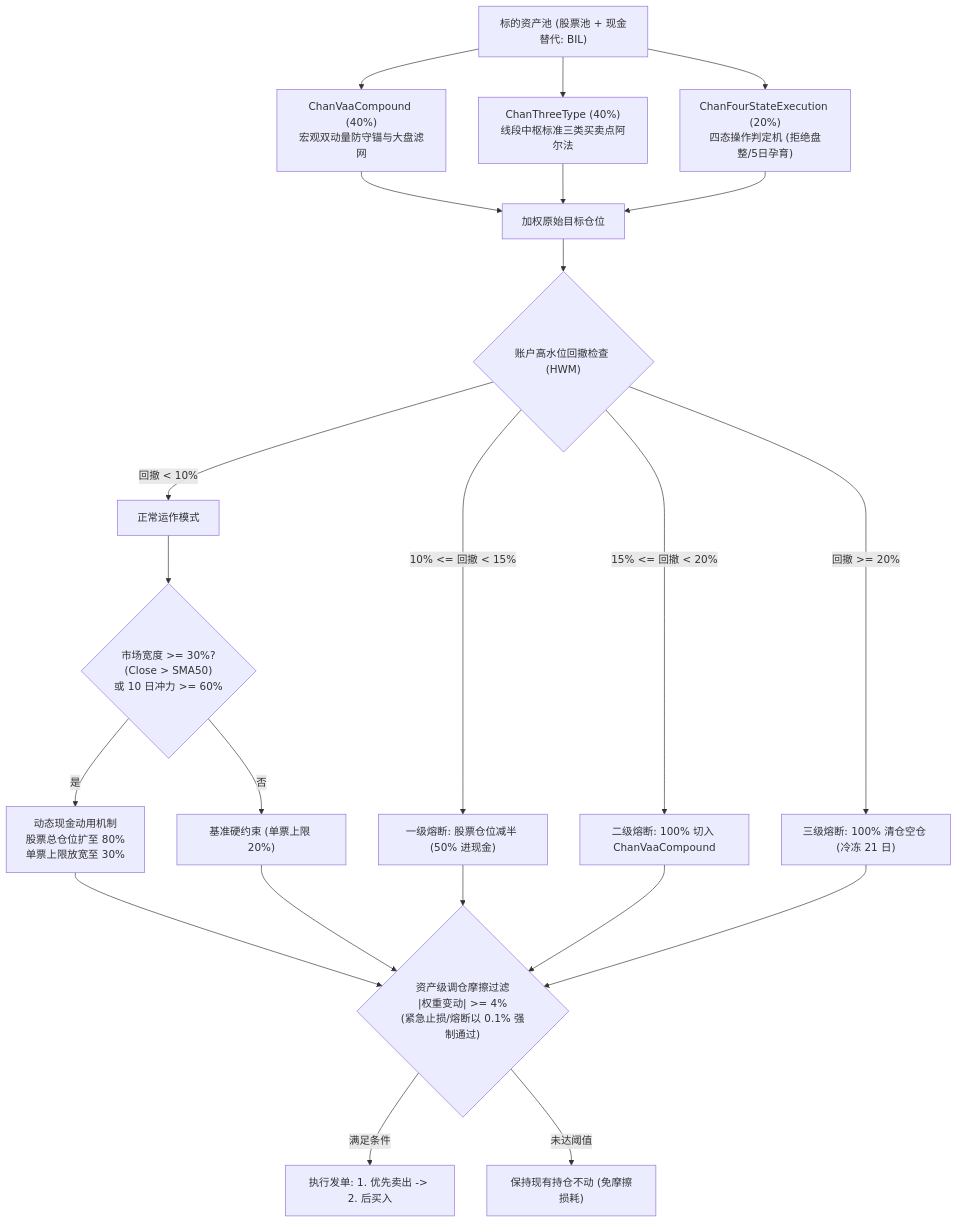
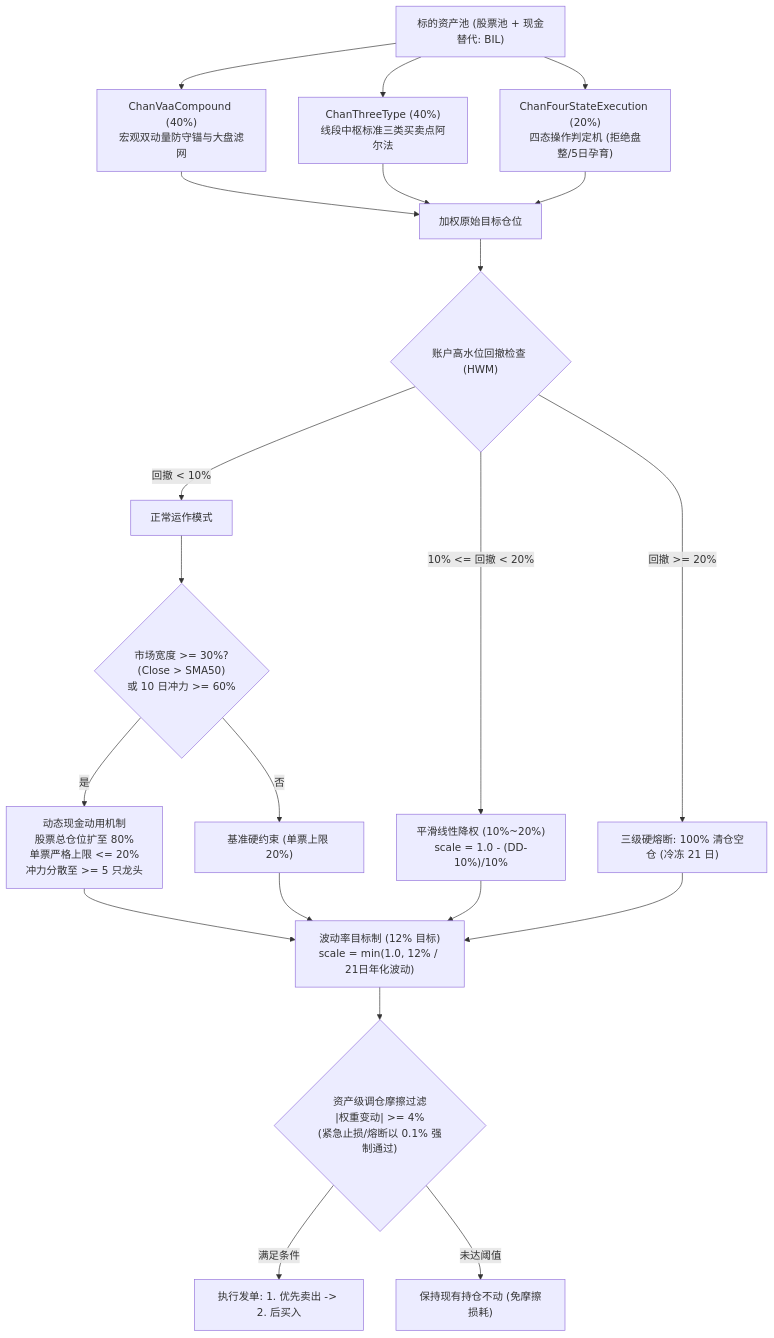
One commit to stonewell/quant_research changed the first of 2 diagrams in docs/ruleset/chan_four_state_blend/rules_cn.md. Above: the diagram before and after it, drawn with Mermaid. The commit also changed other lines of this file and 33 other files, not shown here.

````diff
--- a/docs/ruleset/chan_four_state_blend/rules_cn.md
+++ b/docs/ruleset/chan_four_state_blend/rules_cn.md
@@ -23,23 +23,23 @@
 ```mermaid
 flowchart TD
     Universe["标的资产池 (股票池 + 现金替代: BIL)"] --> Sub1["ChanVaaCompound (40%)<br>宏观双动量防守锚与大盘滤网"]
     Universe --> Sub2["ChanThreeType (40%)<br>线段中枢标准三类买卖点阿尔法"]
     Universe --> Sub3["ChanFourStateExecution (20%)<br>四态操作判定机 (拒绝盘整/5日孕育)"]
     
     Sub1 & Sub2 & Sub3 --> Blend["加权原始目标仓位"]
     
     Blend --> DDCheck{"账户高水位回撤检查 (HWM)"}
     
     DDCheck -- "回撤 < 10%" --> NormalMode["正常运作模式"]
-    DDCheck -- "10% <= 回撤 < 15%" --> Tier1["一级熔断: 股票仓位减半 (50% 进现金)"]
-    DDCheck -- "15% <= 回撤 < 20%" --> Tier2["二级熔断: 100% 切入 ChanVaaCompound"]
-    DDCheck -- "回撤 >= 20%" --> Tier3["三级熔断: 100% 清仓空仓 (冷冻 21 日)"]
+    DDCheck -- "10% <= 回撤 < 20%" --> SmoothDD["平滑线性降权 (10%~20%)<br>scale = 1.0 - (DD-10%)/10%"]
+    DDCheck -- "回撤 >= 20%" --> Tier3["三级硬熔断: 100% 清仓空仓 (冷冻 21 日)"]
     
     NormalMode --> BreadthCheck{"市场宽度 >= 30%?<br>(Close > SMA50)<br>或 10 日冲力 >= 60%"}
-    BreadthCheck -- "是" --> DynamicCash["动态现金动用机制<br>股票总仓位扩至 80%<br>单票上限放宽至 30%"]
+    BreadthCheck -- "是" --> DynamicCash["动态现金动用机制<br>股票总仓位扩至 80%<br>单票严格上限 <= 20%<br>冲力分散至 >= 5 只龙头"]
     BreadthCheck -- "否" --> BaseCap["基准硬约束 (单票上限 20%)"]
     
-    DynamicCash & BaseCap & Tier1 & Tier2 & Tier3 --> InertiaFilter{"资产级调仓摩擦过滤<br>|权重变动| >= 4%<br>(紧急止损/熔断以 0.1% 强制通过)"}
+    DynamicCash & BaseCap & SmoothDD & Tier3 --> VolTarget["波动率目标制 (12% 目标)<br>scale = min(1.0, 12% / 21日年化波动)"]
+    VolTarget --> InertiaFilter{"资产级调仓摩擦过滤<br>|权重变动| >= 4%<br>(紧急止损/熔断以 0.1% 强制通过)"}
     InertiaFilter -- "满足条件" --> OrderExec["执行发单: 1. 优先卖出 -> 2. 后买入"]
     InertiaFilter -- "未达阈值" --> HoldPrior["保持现有持仓不动 (免摩擦损耗)"]
 ```
````
